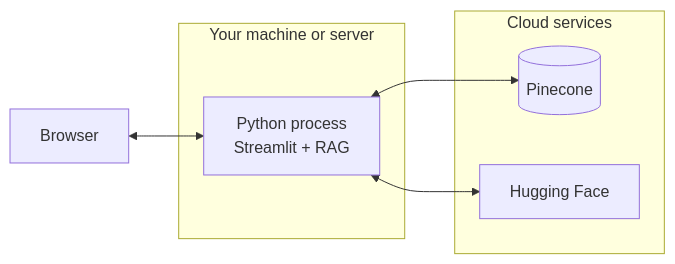
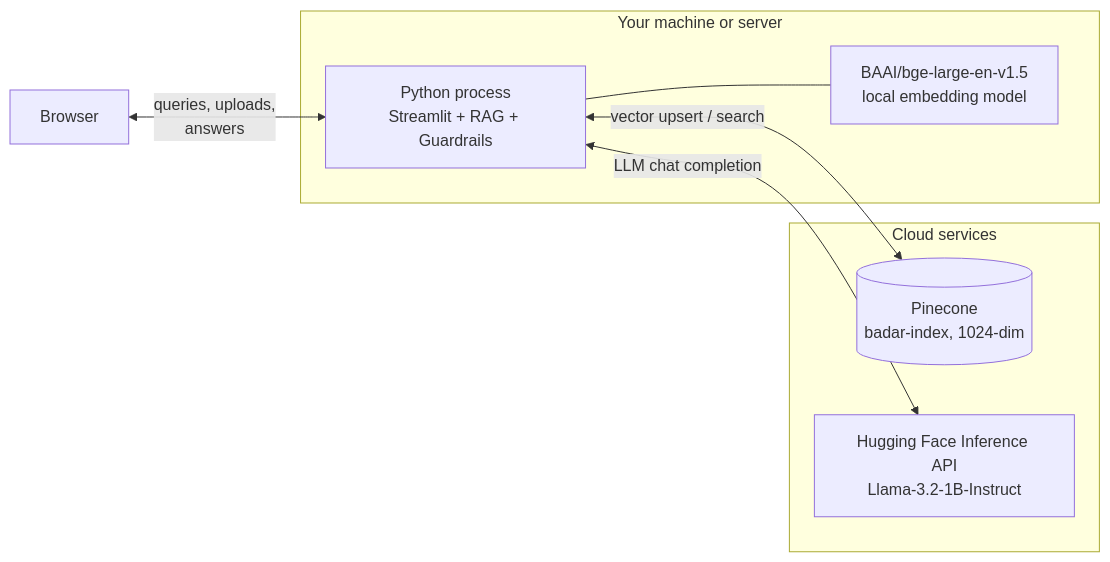
One commit to AliHaider1415/Bank-Customer-Support changed the sixth of 6 diagrams in ARCHITECTURE.md. Above: the diagram before and after it, drawn with Mermaid. The commit also changed other lines of this file and 1 other file, not shown here.

````diff
--- a/ARCHITECTURE.md
+++ b/ARCHITECTURE.md
@@ -122,15 +176,17 @@
 ```mermaid
 flowchart LR
     subgraph Host["Your machine or server"]
-        APP[Python process\nStreamlit + RAG]
+        APP[Python process\nStreamlit + RAG + Guardrails]
+        MDL[BAAI/bge-large-en-v1.5\nlocal embedding model]
     end
 
     subgraph Cloud["Cloud services"]
-        PC[(Pinecone)]
-        HF[Hugging Face]
+        PC[(Pinecone\nbadar-index, 1024-dim)]
+        HF[Hugging Face Inference API\nLlama-3.2-1B-Instruct]
     end
 
-    Browser[Browser] <--> APP
-    APP <--> PC
-    APP <--> HF
+    Browser[Browser] <-->|"queries, uploads,\nanswers"| APP
+    APP --- MDL
+    APP <-->|"vector upsert / search"| PC
+    APP <-->|"LLM chat completion"| HF
 ```
````
